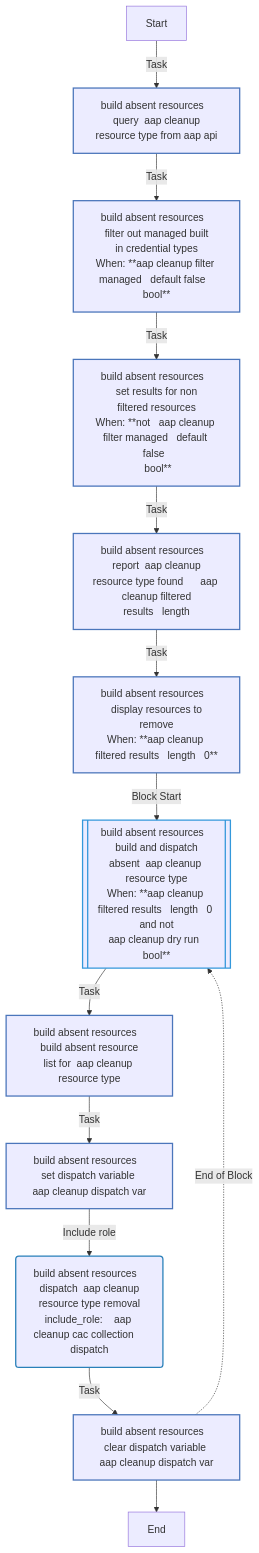
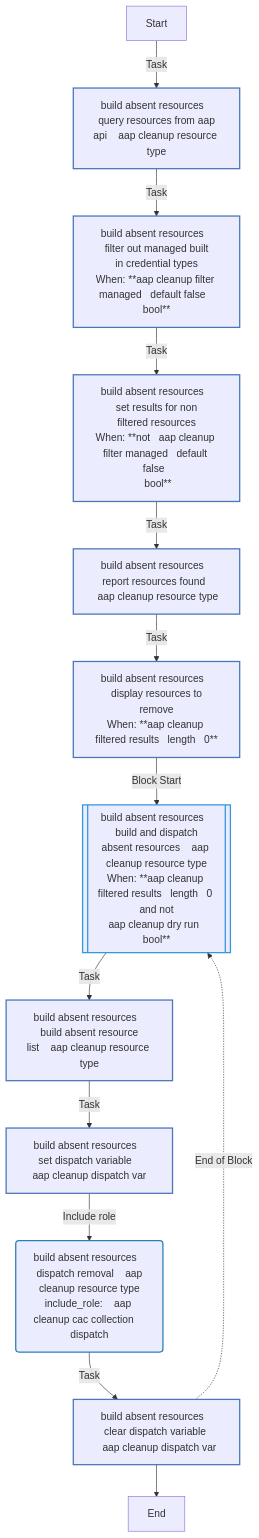
One commit to redhat-cop/openshift_virtualization_migration changed the first of 3 diagrams in roles/aap_cleanup/README.md. Above: the diagram before and after it, drawn with Mermaid. The commit also changed other lines of this file and 7 other files, not shown here.

````diff
--- a/roles/aap_cleanup/README.md
+++ b/roles/aap_cleanup/README.md
@@ -203,25 +198,25 @@
 ```mermaid
 flowchart TD
 Start
 classDef block stroke:#3498db,stroke-width:2px;
 classDef task stroke:#4b76bb,stroke-width:2px;
 classDef includeTasks stroke:#16a085,stroke-width:2px;
 classDef importTasks stroke:#34495e,stroke-width:2px;
 classDef includeRole stroke:#2980b9,stroke-width:2px;
 classDef importRole stroke:#699ba7,stroke-width:2px;
 classDef includeVars stroke:#8e44ad,stroke-width:2px;
 classDef rescue stroke:#665352,stroke-width:2px;
 
-  Start-->|Task| _build_absent_resources___Query__aap_cleanup_resource_type_from_AAP_API0[ build absent resources   query  aap cleanup<br>resource type from aap api]:::task
-  _build_absent_resources___Query__aap_cleanup_resource_type_from_AAP_API0-->|Task| _build_absent_resources___Filter_out_managed_built_in_credential_types1[ build absent resources   filter out managed built<br>in credential types<br>When: **aap cleanup filter managed   default false   <br>bool**]:::task
+  Start-->|Task| _build_absent_resources___Query_resources_from_AAP_API____aap_cleanup_resource_type0[ build absent resources   query resources from aap<br>api    aap cleanup resource type]:::task
+  _build_absent_resources___Query_resources_from_AAP_API____aap_cleanup_resource_type0-->|Task| _build_absent_resources___Filter_out_managed_built_in_credential_types1[ build absent resources   filter out managed built<br>in credential types<br>When: **aap cleanup filter managed   default false   <br>bool**]:::task
   _build_absent_resources___Filter_out_managed_built_in_credential_types1-->|Task| _build_absent_resources___Set_results_for_non_filtered_resources2[ build absent resources   set results for non<br>filtered resources<br>When: **not   aap cleanup filter managed   default false  <br> bool**]:::task
-  _build_absent_resources___Set_results_for_non_filtered_resources2-->|Task| _build_absent_resources___Report__aap_cleanup_resource_type_found______aap_cleanup_filtered_results___length____3[ build absent resources   report  aap cleanup<br>resource type found      aap cleanup filtered<br>results   length    ]:::task
-  _build_absent_resources___Report__aap_cleanup_resource_type_found______aap_cleanup_filtered_results___length____3-->|Task| _build_absent_resources___Display_resources_to_remove4[ build absent resources   display resources to<br>remove<br>When: **aap cleanup filtered results   length   0**]:::task
-  _build_absent_resources___Display_resources_to_remove4-->|Block Start| _build_absent_resources___Build_and_dispatch_absent__aap_cleanup_resource_type5_block_start_0[[ build absent resources   build and dispatch<br>absent  aap cleanup resource type<br>When: **aap cleanup filtered results   length   0 and not<br> aap cleanup dry run   bool**]]:::block
-  _build_absent_resources___Build_and_dispatch_absent__aap_cleanup_resource_type5_block_start_0-->|Task| _build_absent_resources___Build_absent_resource_list_for__aap_cleanup_resource_type0[ build absent resources   build absent resource<br>list for  aap cleanup resource type]:::task
-  _build_absent_resources___Build_absent_resource_list_for__aap_cleanup_resource_type0-->|Task| _build_absent_resources___Set_dispatch_variable__aap_cleanup_dispatch_var1[ build absent resources   set dispatch variable <br>aap cleanup dispatch var]:::task
-  _build_absent_resources___Set_dispatch_variable__aap_cleanup_dispatch_var1-->|Include role| _build_absent_resources___Dispatch__aap_cleanup_resource_type_removal____aap_cleanup_cac_collection____dispatch_2( build absent resources   dispatch  aap cleanup<br>resource type removal<br>include_role:    aap cleanup cac collection    dispatch):::includeRole
-  _build_absent_resources___Dispatch__aap_cleanup_resource_type_removal____aap_cleanup_cac_collection____dispatch_2-->|Task| _build_absent_resources___Clear_dispatch_variable__aap_cleanup_dispatch_var3[ build absent resources   clear dispatch variable <br>aap cleanup dispatch var]:::task
-  _build_absent_resources___Clear_dispatch_variable__aap_cleanup_dispatch_var3-.->|End of Block| _build_absent_resources___Build_and_dispatch_absent__aap_cleanup_resource_type5_block_start_0
-  _build_absent_resources___Clear_dispatch_variable__aap_cleanup_dispatch_var3-->End
+  _build_absent_resources___Set_results_for_non_filtered_resources2-->|Task| _build_absent_resources___Report_resources_found____aap_cleanup_resource_type3[ build absent resources   report resources found  <br> aap cleanup resource type]:::task
+  _build_absent_resources___Report_resources_found____aap_cleanup_resource_type3-->|Task| _build_absent_resources___Display_resources_to_remove4[ build absent resources   display resources to<br>remove<br>When: **aap cleanup filtered results   length   0**]:::task
+  _build_absent_resources___Display_resources_to_remove4-->|Block Start| _build_absent_resources___Build_and_dispatch_absent_resources____aap_cleanup_resource_type5_block_start_0[[ build absent resources   build and dispatch<br>absent resources    aap cleanup resource type<br>When: **aap cleanup filtered results   length   0 and not<br> aap cleanup dry run   bool**]]:::block
+  _build_absent_resources___Build_and_dispatch_absent_resources____aap_cleanup_resource_type5_block_start_0-->|Task| _build_absent_resources___Build_absent_resource_list____aap_cleanup_resource_type0[ build absent resources   build absent resource<br>list    aap cleanup resource type]:::task
+  _build_absent_resources___Build_absent_resource_list____aap_cleanup_resource_type0-->|Task| _build_absent_resources___Set_dispatch_variable____aap_cleanup_dispatch_var1[ build absent resources   set dispatch variable   <br>aap cleanup dispatch var]:::task
+  _build_absent_resources___Set_dispatch_variable____aap_cleanup_dispatch_var1-->|Include role| _build_absent_resources___Dispatch_removal____aap_cleanup_resource_type____aap_cleanup_cac_collection____dispatch_2( build absent resources   dispatch removal    aap<br>cleanup resource type<br>include_role:    aap cleanup cac collection    dispatch):::includeRole
+  _build_absent_resources___Dispatch_removal____aap_cleanup_resource_type____aap_cleanup_cac_collection____dispatch_2-->|Task| _build_absent_resources___Clear_dispatch_variable____aap_cleanup_dispatch_var3[ build absent resources   clear dispatch variable <br>  aap cleanup dispatch var]:::task
+  _build_absent_resources___Clear_dispatch_variable____aap_cleanup_dispatch_var3-.->|End of Block| _build_absent_resources___Build_and_dispatch_absent_resources____aap_cleanup_resource_type5_block_start_0
+  _build_absent_resources___Clear_dispatch_variable____aap_cleanup_dispatch_var3-->End
 ```
````
